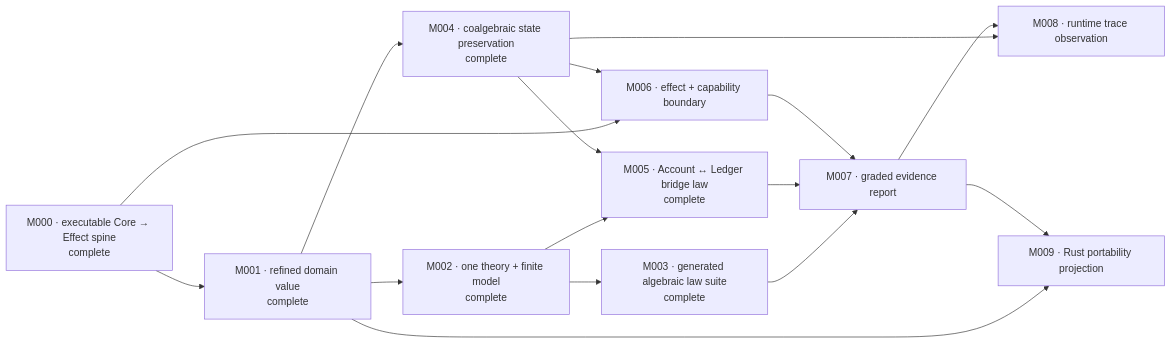
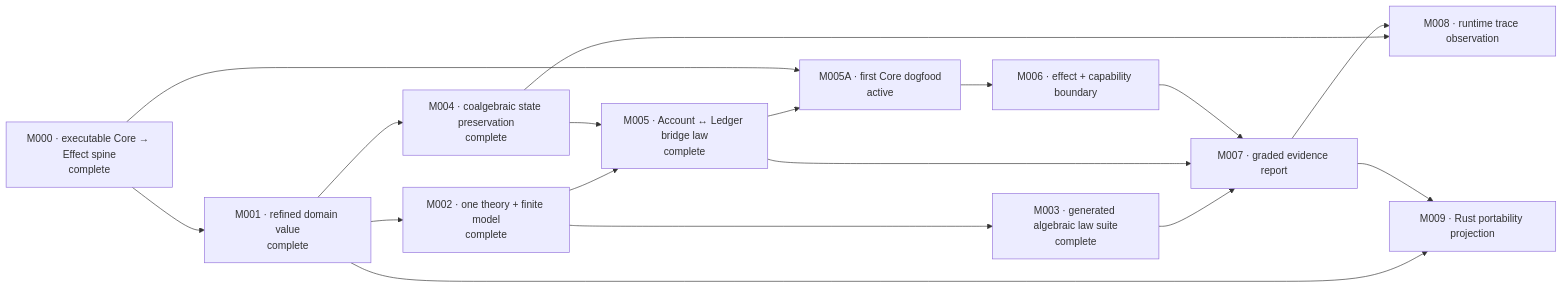
Before and after one commit to phibkro/bang-project: the first of 2 diagrams in CAPABILITIES.md, drawn with Mermaid. The commit also changed other lines of this file and 2 other files, not shown here.

Commit message:
docs(mission): define first Core dogfood

````diff
--- a/CAPABILITIES.md
+++ b/CAPABILITIES.md
@@ -5,27 +5,29 @@
 ```mermaid
 flowchart LR
     M000["M000 · executable Core → Effect spine<br/>complete"]
     M001["M001 · refined domain value<br/>complete"]
     M002["M002 · one theory + finite model<br/>complete"]
     M003["M003 · generated algebraic law suite<br/>complete"]
     M004["M004 · coalgebraic state preservation<br/>complete"]
     M005["M005 · Account ↔ Ledger bridge law<br/>complete"]
+    M005A["M005A · first Core dogfood<br/>active"]
     M006["M006 · effect + capability boundary"]
     M007["M007 · graded evidence report"]
     M008["M008 · runtime trace observation"]
     M009["M009 · Rust portability projection"]
 
     M000 --> M001 --> M002 --> M003
     M001 --> M004
     M002 --> M005
     M004 --> M005
-    M000 --> M006
-    M004 --> M006
+    M005 --> M005A
+    M000 --> M005A
+    M005A --> M006
     M003 --> M007
     M005 --> M007
     M006 --> M007
     M004 --> M008
     M007 --> M008
     M001 --> M009
     M007 --> M009
 ```
````
